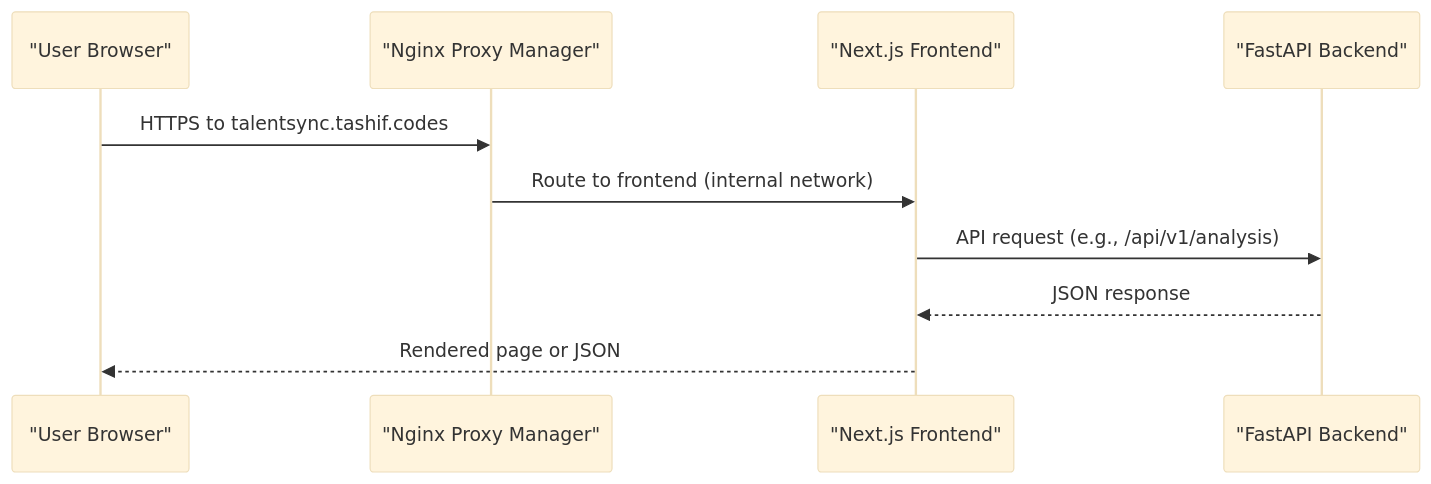
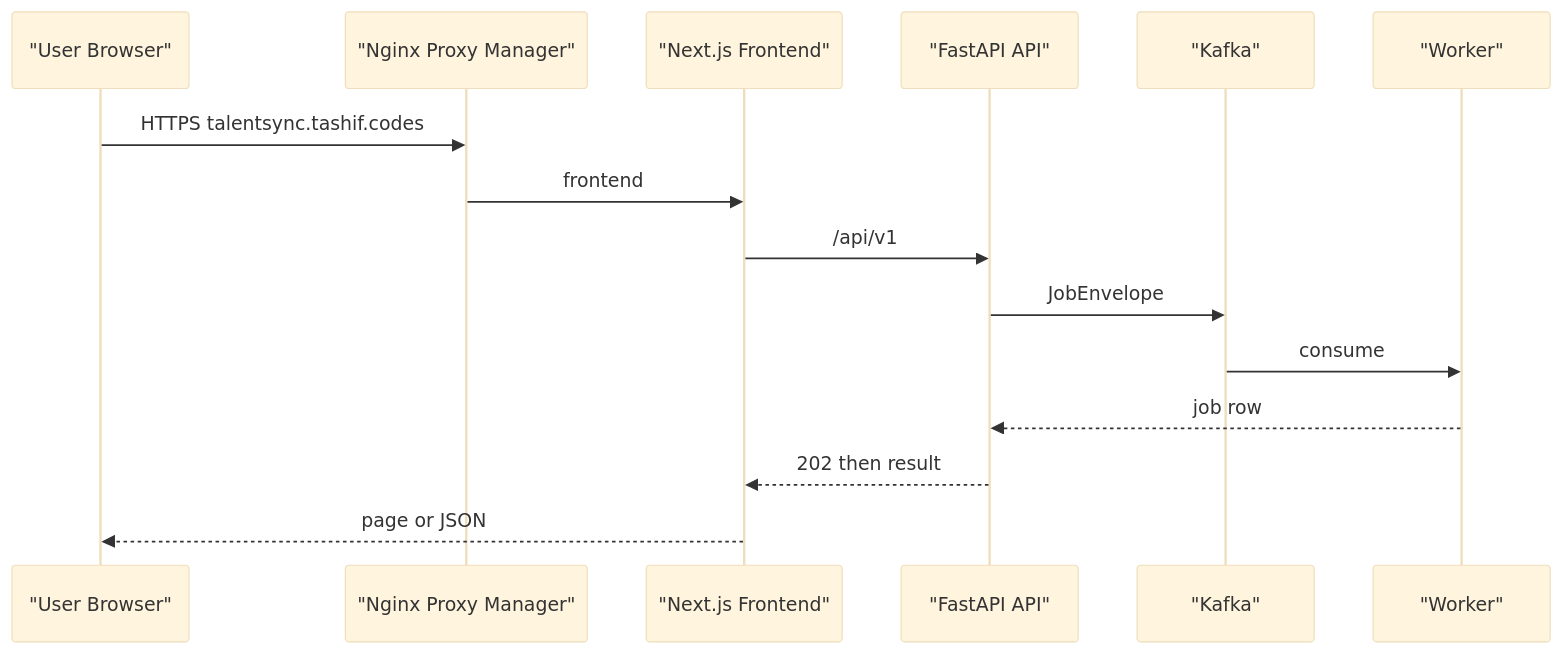
The second of 8 diagrams in src/data/docs/talentsync/Architecture Overview/Deployment Architecture.md (tashifkhan/tashif.codes), drawn with Mermaid (base theme) before and after one commit. The commit also changed other lines of this file and 2128 other files, not shown here.

First line of the commit message:
docs: replace raster diagram images with native Mermaid across project guides

````diff
--- a/src/data/docs/talentsync/Architecture Overview/Deployment Architecture.md
+++ b/src/data/docs/talentsync/Architecture Overview/Deployment Architecture.md
@@ -62,12 +78,17 @@
 ```mermaid
 sequenceDiagram
 participant U as "User Browser"
 participant RP as "Nginx Proxy Manager"
 participant FE as "Next.js Frontend"
-participant BE as "FastAPI Backend"
-U->>RP : HTTPS to talentsync.tashif.codes
-RP->>FE : Route to frontend (internal network)
-FE->>BE : API request (e.g., /api/v1/analysis)
-BE-->>FE : JSON response
-FE-->>U : Rendered page or JSON
+participant BE as "FastAPI API"
+participant K as "Kafka"
+participant W as "Worker"
+U->>RP : HTTPS talentsync.tashif.codes
+RP->>FE : frontend
+FE->>BE : /api/v1
+BE->>K : JobEnvelope
+K->>W : consume
+W-->>BE : job row
+BE-->>FE : 202 then result
+FE-->>U : page or JSON
 ```
````
